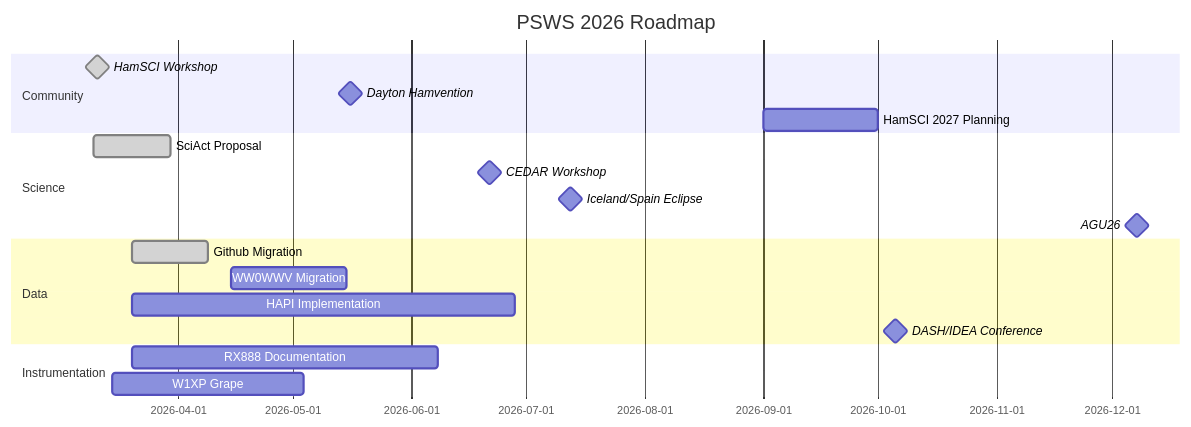
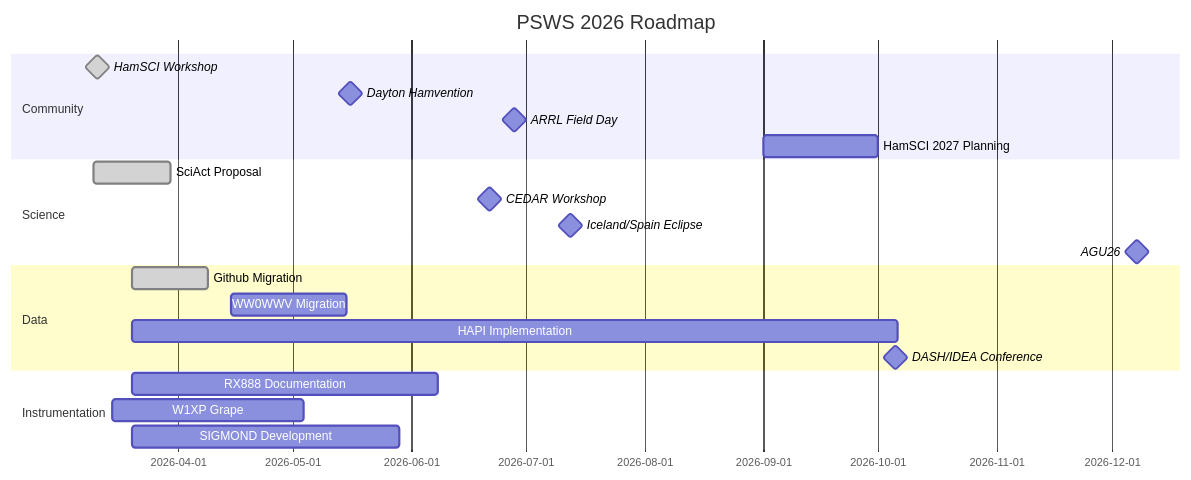
Before and after one commit to HamSCI/psws-charette: the diagram in HamSCI_2026_Gantt.md, drawn with Mermaid.

Commit message:
Update HamSCI_2026_Gantt.md
Extended HAPI and added SIGMOND.

````diff
--- a/HamSCI_2026_Gantt.md
+++ b/HamSCI_2026_Gantt.md
@@ -1,26 +1,28 @@
 ```mermaid
 gantt
     title PSWS 2026 Roadmap
     dateFormat YYYY-MM
 section Community
         HamSCI Workshop       : done, milestone, hamsci, 2026-03-10, 2d 
-        Dayton Hamvention       : milestone, hamvention, 2026-05-15, 2d 
+        Dayton Hamvention       : milestone, hamvention, 2026-05-15, 2d
+        ARRL Field Day       : milestone, fieldday, 2026-06-27, 2d 
         HamSCI 2027 Planning       : planning, 2026-09-01, 30d 
                                 
 section Science
        SciAct Proposal    :done, sciact, 2026-03-10, 20d
         CEDAR Workshop    : milestone, CEDAR, 2026-06-21, 1d 
         Iceland/Spain Eclipse       : milestone, Eclipse, 2026-07-12, 1d
 AGU26       : milestone, AGu26, 2026-12-07, 1d 
 section Data
         Github Migration    :done, req1, 2026-03-20, 20d
                 WW0WWV Migration    :ww0wwv, 2026-04-15, 30d
-                HAPI Implementation    :hapi, 2026-03-20, 100d
+                HAPI Implementation    :hapi, 2026-03-20, 200d
        DASH/IDEA Conference      : milestone, DASH, 2026-10-05, 1d
 
                 
 section Instrumentation
         RX888 Documentation    :rx888, 2026-03-20, 80d
         W1XP Grape :rx888, 2026-03-15, 50d
+        SIGMOND Development    :sigmond, 2026-03-20, 70d
 
 ```
````
